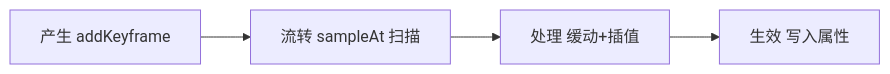
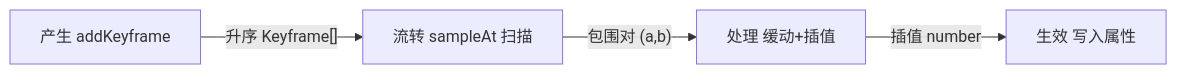
Before and after one commit to ironbob/DesignSKills: the diagram in skills/tech-mechanism-analysis/examples/2026-07-23-example-analysis.md, drawn with Mermaid. The commit also changed other lines of this file and 18 other files, not shown here.

````diff
--- a/skills/tech-mechanism-analysis/examples/2026-07-23-example-analysis.md
+++ b/skills/tech-mechanism-analysis/examples/2026-07-23-example-analysis.md
@@ -33,4 +78,10 @@
 ```mermaid
 flowchart LR
-  P[产生 addKeyframe] --> F[流转 sampleAt 扫描] --> R[处理 缓动+插值] --> E[生效 写入属性]
+  produce["产生 addKeyframe"]
+  flow["流转 sampleAt 扫描"]
+  process["处理 缓动+插值"]
+  effect["生效 写入属性"]
+  produce -->|"升序 Keyframe[]"| flow
+  flow -->|"包围对 (a,b)"| process
+  process -->|"插值 number"| effect
 ```
````
